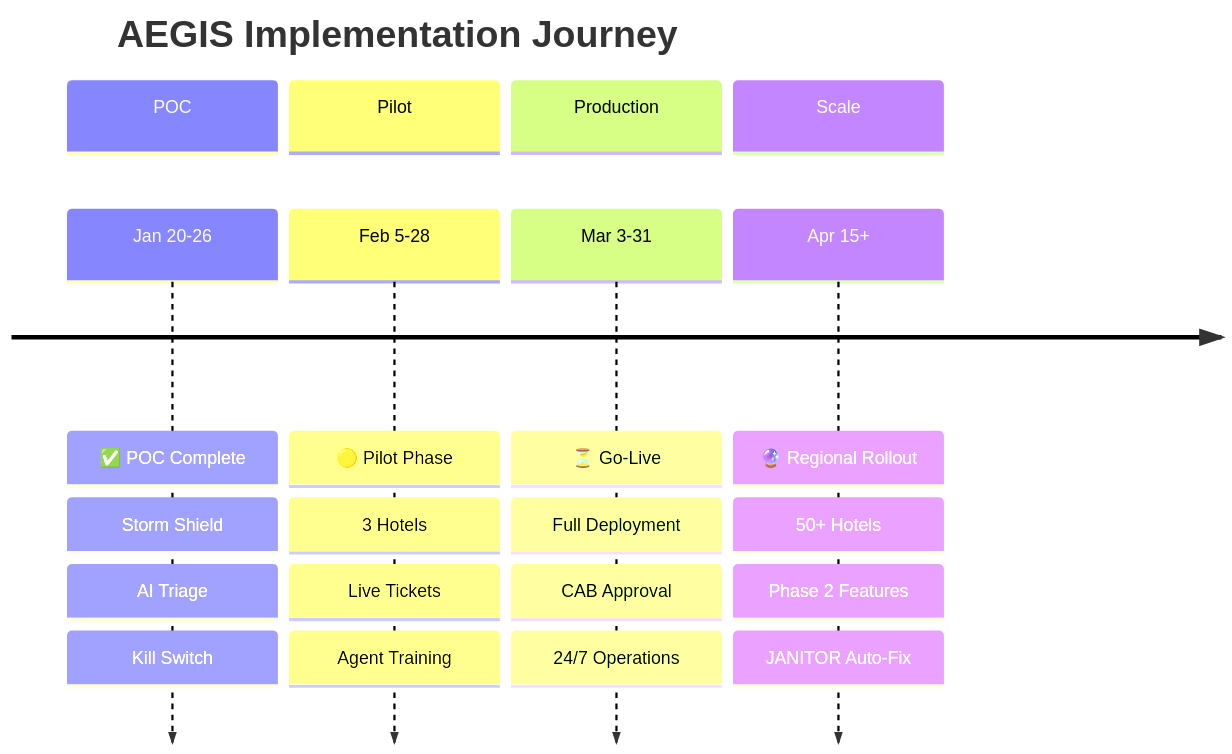
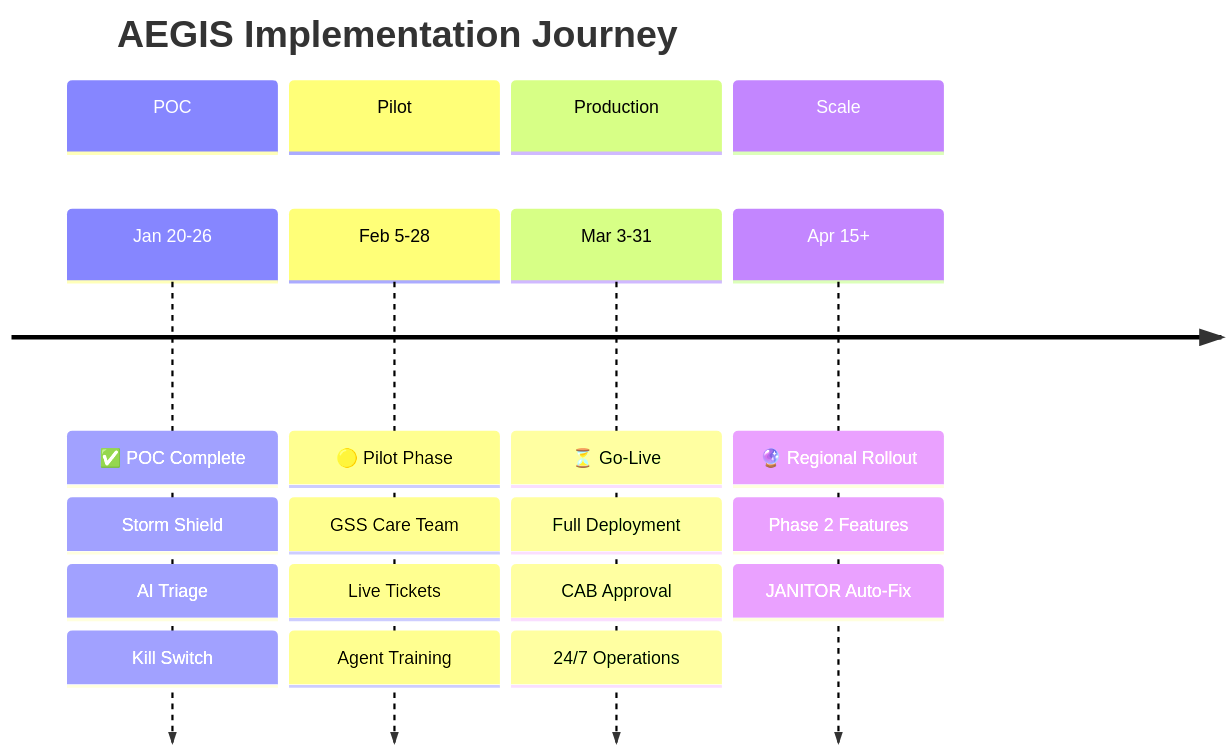
One commit to maniltns/AEGIS changed the fourth of 7 diagrams in docs/executive-pack/executive-brief.md. Above: the diagram before and after it, drawn with Mermaid. The commit also changed other lines of this file, not shown here.

Commit message:
Update pilot approval details in executive brief

````diff
--- a/docs/executive-pack/executive-brief.md
+++ b/docs/executive-pack/executive-brief.md
@@ -115,24 +115,23 @@
 ```mermaid
 timeline
     title AEGIS Implementation Journey
     section POC
         Jan 20-26 : ✅ POC Complete
                   : Storm Shield
                   : AI Triage
                   : Kill Switch
     section Pilot
         Feb 5-28 : 🟡 Pilot Phase
-                 : 3 Hotels
+                 : GSS Care Team
                  : Live Tickets
                  : Agent Training
     section Production
         Mar 3-31 : ⏳ Go-Live
                  : Full Deployment
                  : CAB Approval
                  : 24/7 Operations
     section Scale
         Apr 15+ : 🔮 Regional Rollout
-               : 50+ Hotels
                : Phase 2 Features
                : JANITOR Auto-Fix
 ```
````
